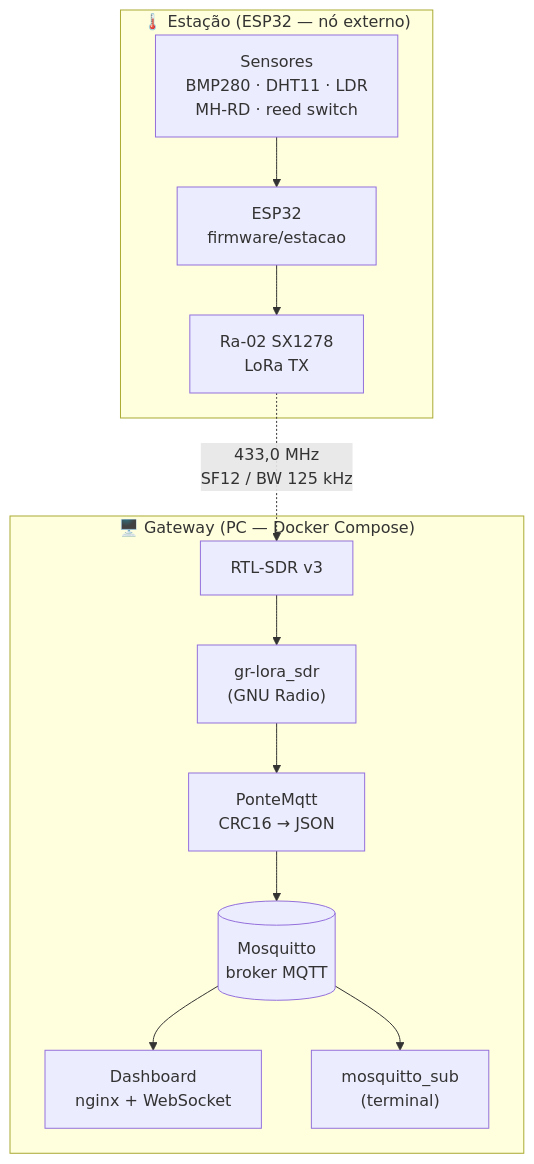
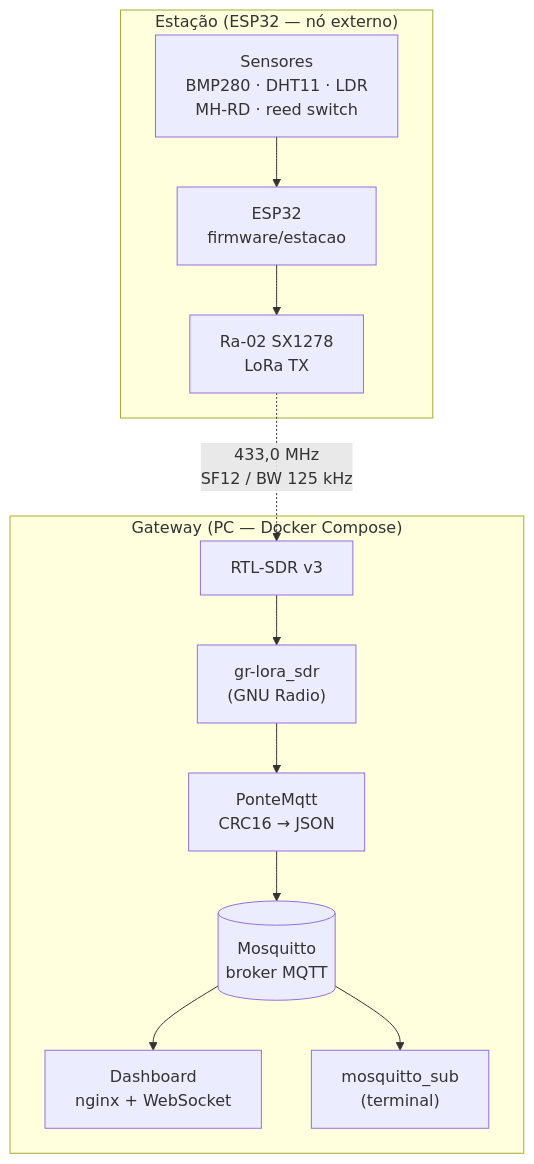
The diagram in docs/index.md (BrunoBReis/trabalho_embarcados), drawn with Mermaid before and after one commit. The commit also changed other lines of this file and 1 other file, not shown here.

Commit message:
docs: visao geral componenetes

````diff
--- a/docs/index.md
+++ b/docs/index.md
@@ -9,15 +9,15 @@
 ```mermaid
 flowchart TD
-    subgraph estacao["🌡️ Estação (ESP32 — nó externo)"]
+    subgraph estacao["Estação (ESP32 — nó externo)"]
         SENS["Sensores<br/>BMP280 · DHT11 · LDR<br/>MH-RD · reed switch"] --> MCU["ESP32<br/>firmware/estacao"]
         MCU --> RA["Ra-02 SX1278<br/>LoRa TX"]
     end
     RA -. "433,0 MHz<br/>SF12 / BW 125 kHz" .-> SDR
-    subgraph pc["🖥️ Gateway (PC — Docker Compose)"]
+    subgraph pc["Gateway (PC — Docker Compose)"]
         SDR["RTL-SDR v3"] --> GR["gr-lora_sdr<br/>(GNU Radio)"]
         GR --> PONTE["PonteMqtt<br/>CRC16 → JSON"]
         PONTE --> MQ[("Mosquitto<br/>broker MQTT")]
         MQ --> DASH["Dashboard<br/>nginx + WebSocket"]
         MQ --> SUB["mosquitto_sub<br/>(terminal)"]
     end
 ```
````
